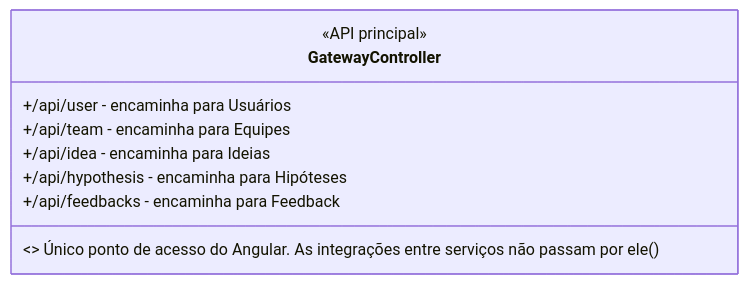
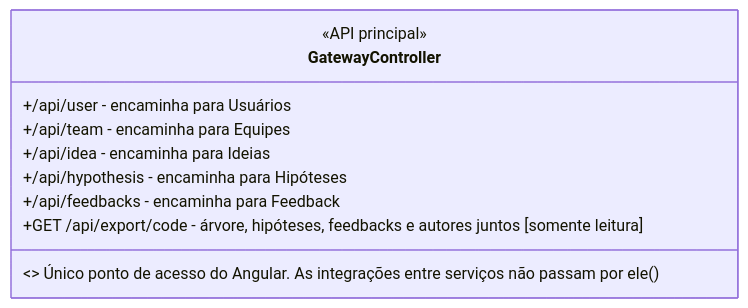
The seventh of 8 diagrams in README.md (thales-vaz-sousa/Branchstorm), drawn with Mermaid before and after one commit. The commit also changed other lines of this file, not shown here.

````diff
--- a/README.md
+++ b/README.md
@@ -247,12 +249,14 @@
 ```mermaid
 classDiagram
     class GatewayController {
         <<API principal>>
         +/api/user - encaminha para Usuários
         +/api/team - encaminha para Equipes
         +/api/idea - encaminha para Ideias
         +/api/hypothesis - encaminha para Hipóteses
         +/api/feedbacks - encaminha para Feedback
+        +GET /api/export/code - árvore, hipóteses, feedbacks e autores juntos [somente leitura]
+
         <<Integração>> Único ponto de acesso do Angular. As integrações entre serviços não passam por ele ()
     }
 ```
````
